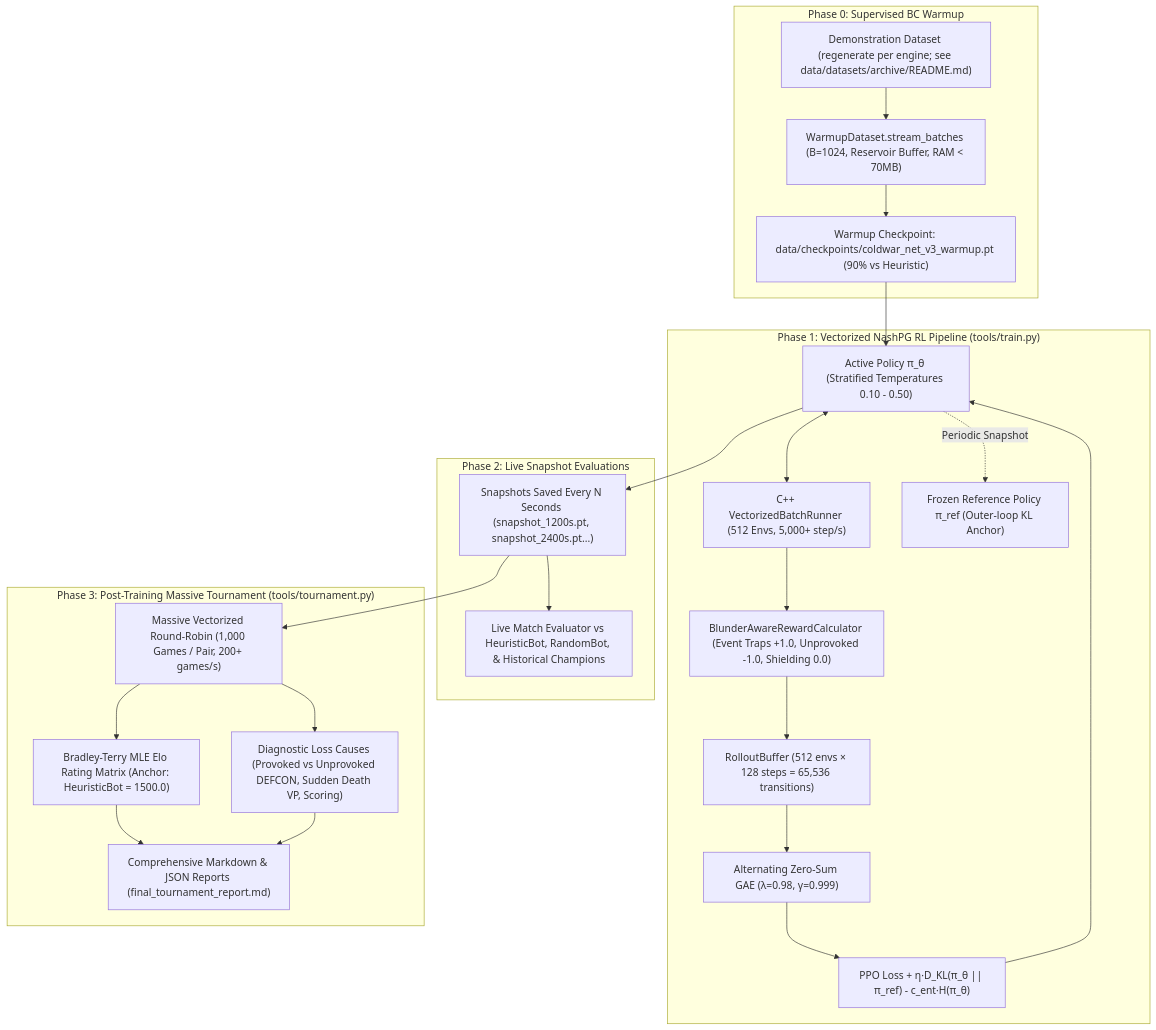
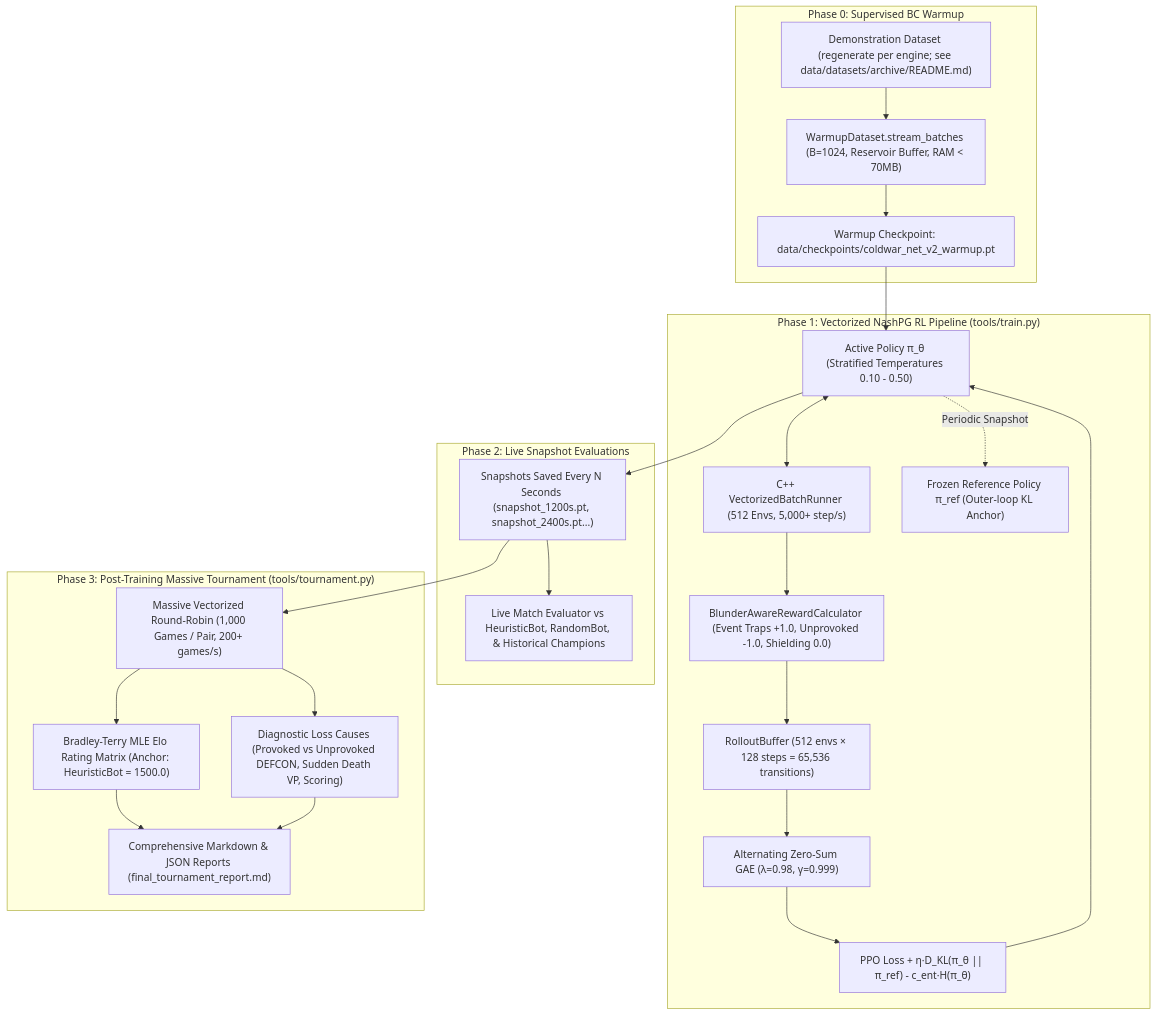
The second of 2 diagrams in AGENTS.md (mihaild/DeepStruggle), drawn with Mermaid before and after one commit. The commit also changed other lines of this file, not shown here.

First line of the commit message:
docs(AGENTS): the architecture table and the training recipes stop naming V3

````diff
--- a/AGENTS.md
+++ b/AGENTS.md
@@ -264,41 +264,41 @@
 ```mermaid
 graph TD
     subgraph Phase0 ["Phase 0: Supervised BC Warmup"]
         Demonstrations["Demonstration Dataset (regenerate per engine; see data/datasets/archive/README.md)"]
         Streamer["WarmupDataset.stream_batches (B=1024, Reservoir Buffer, RAM < 70MB)"]
-        WarmupModel["Warmup Checkpoint: data/checkpoints/coldwar_net_v3_warmup.pt (90% vs Heuristic)"]
+        WarmupModel["Warmup Checkpoint: data/checkpoints/coldwar_net_v2_warmup.pt"]
         Demonstrations --> Streamer --> WarmupModel
     end
 
     subgraph Phase1 ["Phase 1: Vectorized NashPG RL Pipeline (tools/train.py)"]
         VecEnv["C++ VectorizedBatchRunner (512 Envs, 5,000+ step/s)"]
         ActiveNet["Active Policy π_θ (Stratified Temperatures 0.10 - 0.50)"]
         RefNet["Frozen Reference Policy π_ref (Outer-loop KL Anchor)"]
         Rollout["RolloutBuffer (512 envs × 128 steps = 65,536 transitions)"]
         BlunderCalc["BlunderAwareRewardCalculator (Event Traps +1.0, Unprovoked -1.0, Shielding 0.0)"]
         GAE["Alternating Zero-Sum GAE (λ=0.98, γ=0.999)"]
         NashLoss["PPO Loss + η·D_KL(π_θ || π_ref) - c_ent·H(π_θ)"]
 
         WarmupModel --> ActiveNet
         ActiveNet <--> VecEnv
         VecEnv --> BlunderCalc --> Rollout --> GAE --> NashLoss --> ActiveNet
         ActiveNet -.->|Periodic Snapshot| RefNet
     end
 
     subgraph Phase2 ["Phase 2: Live Snapshot Evaluations"]
         Snapshots["Snapshots Saved Every N Seconds (snapshot_1200s.pt, snapshot_2400s.pt...)"]
         LiveEval["Live Match Evaluator vs HeuristicBot, RandomBot, & Historical Champions"]
         ActiveNet --> Snapshots --> LiveEval
     end
 
     subgraph Phase3 ["Phase 3: Post-Training Massive Tournament (tools/tournament.py)"]
         RoundRobin["Massive Vectorized Round-Robin (1,000 Games / Pair, 200+ games/s)"]
         EloCalc["Bradley-Terry MLE Elo Rating Matrix (Anchor: HeuristicBot = 1500.0)"]
         Causes["Diagnostic Loss Causes (Provoked vs Unprovoked DEFCON, Sudden Death VP, Scoring)"]
         Reports["Comprehensive Markdown & JSON Reports (final_tournament_report.md)"]
 
         Snapshots --> RoundRobin
         RoundRobin --> EloCalc --> Reports
         RoundRobin --> Causes --> Reports
     end
 ```
````
